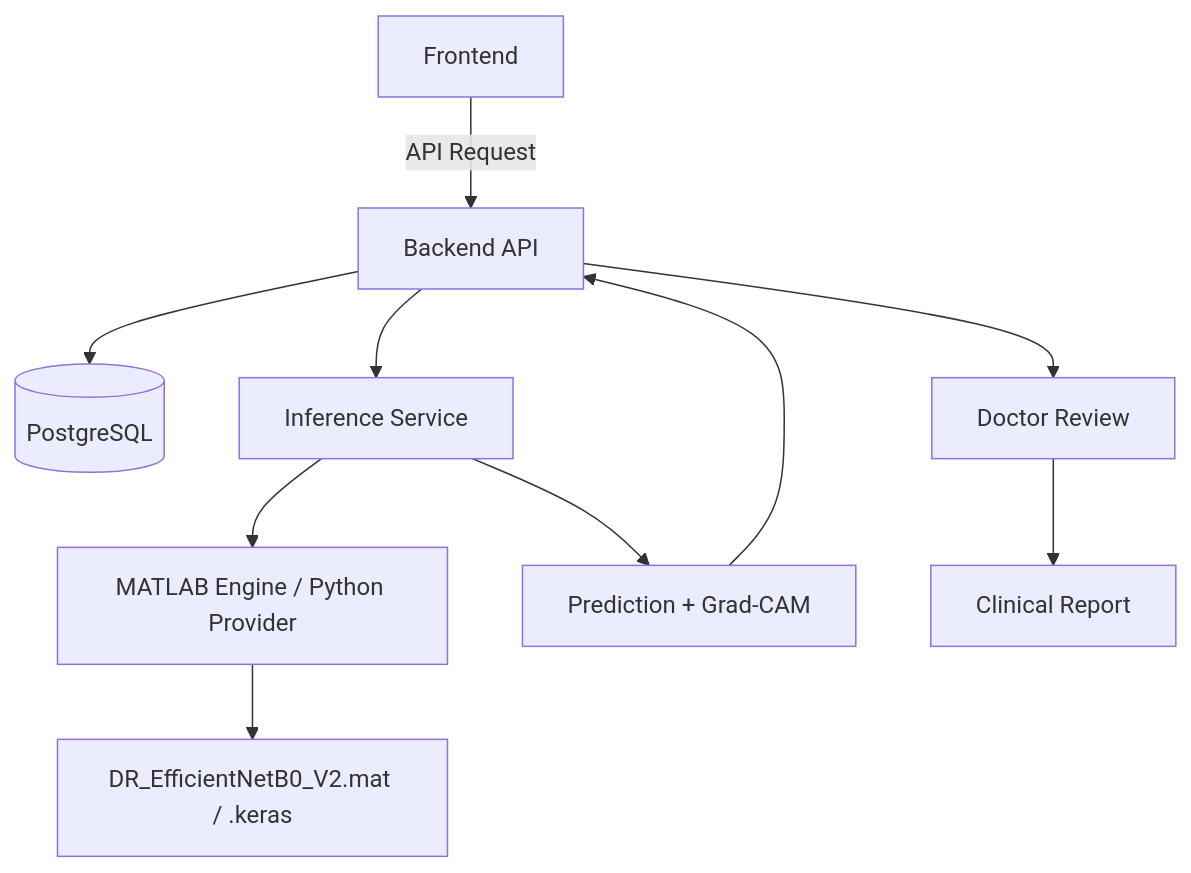
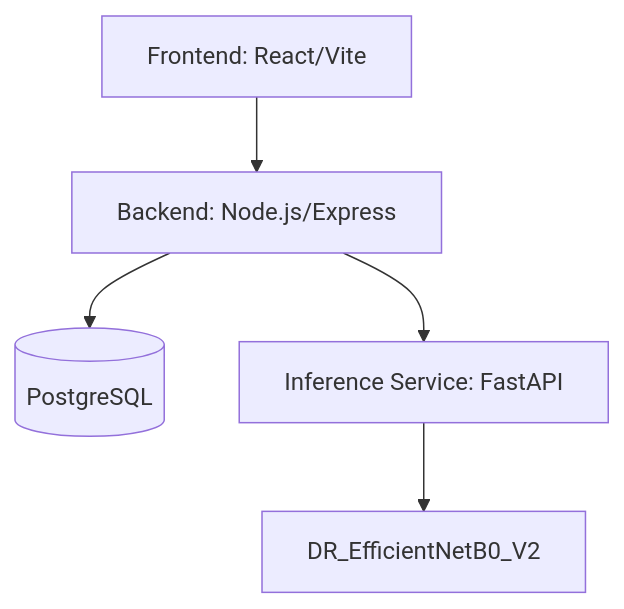
Before and after one commit to SudarshanSingh1/DR-Screening-System: the diagram in README.md, drawn with Mermaid. The commit also changed other lines of this file and 2 other files, not shown here.

````diff
--- a/README.md
+++ b/README.md
@@ -141,12 +52,7 @@
 ```mermaid
 graph TD
-    Frontend[Frontend] -->|API Request| Backend[Backend API]
-    Backend --> PostgreSQL[(PostgreSQL)]
-    Backend --> Inference[Inference Service]
-    Inference --> MatlabEngine[MATLAB Engine / Python Provider]
-    MatlabEngine --> Model[DR_EfficientNetB0_V2.mat / .keras]
-    Inference --> AI[Prediction + Grad-CAM]
-    AI --> Backend
-    Backend --> Doctor[Doctor Review]
-    Doctor --> Report[Clinical Report]
+    Frontend[Frontend: React/Vite] --> Backend[Backend: Node.js/Express]
+    Backend --> DB[(PostgreSQL)]
+    Backend --> Inference[Inference Service: FastAPI]
+    Inference --> Model[DR_EfficientNetB0_V2]
 ```
````
